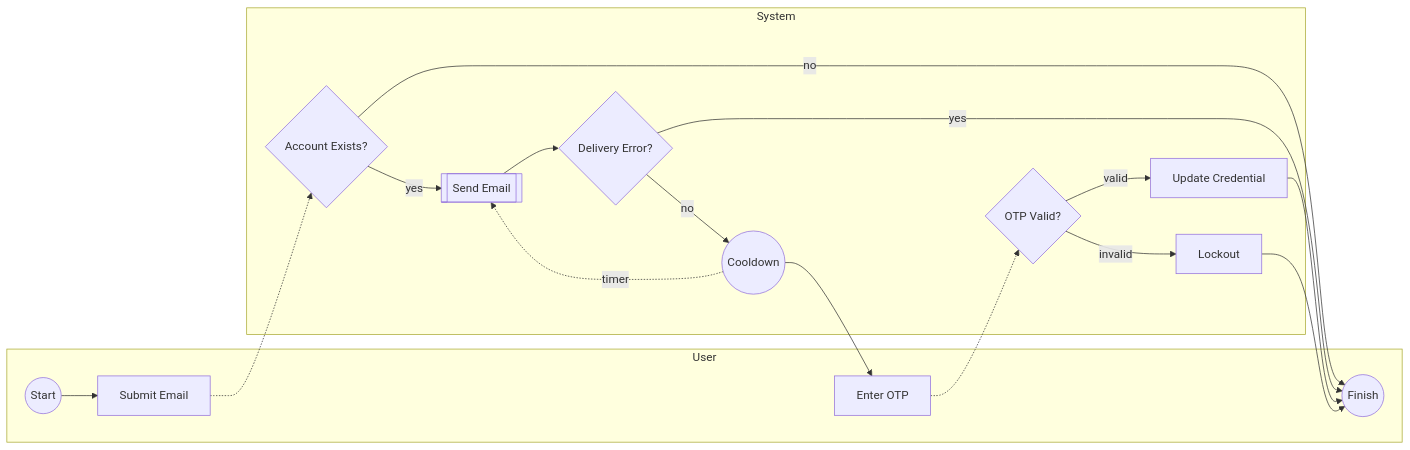
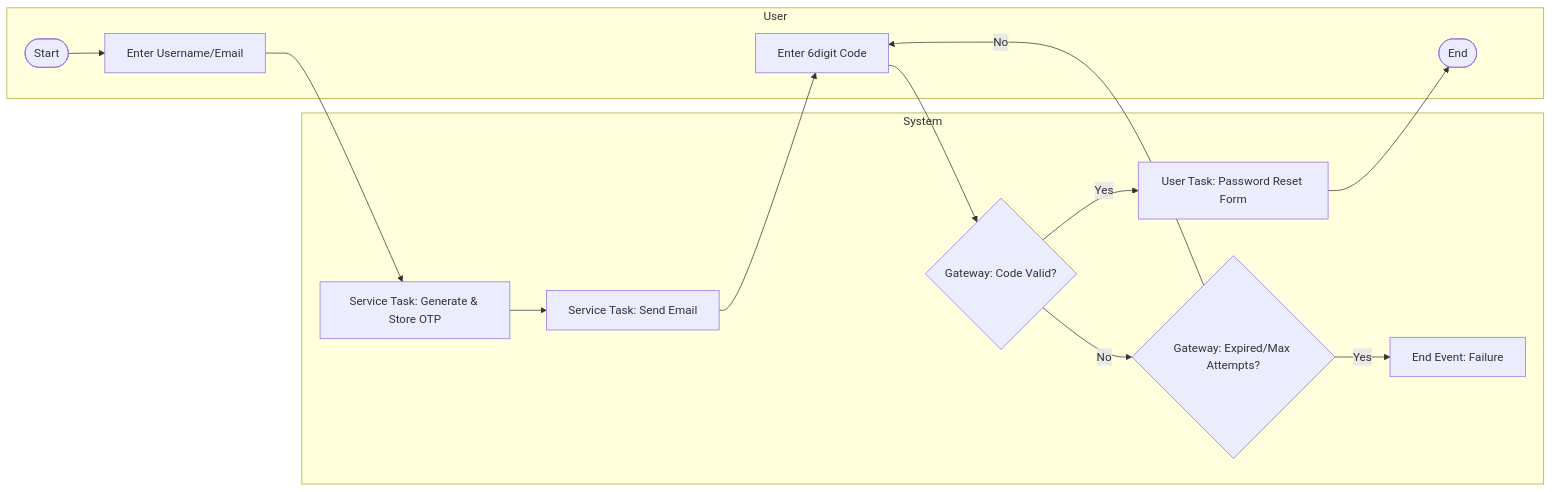
Before and after one commit to rasikasrimal/Heartlytics: the first of 3 diagrams in docs/forget_password.md, drawn with Mermaid. The commit also changed other lines of this file and 4 other files, not shown here.

Commit message:
docs: consolidate security guidance and update reset flow

````diff
--- a/docs/forget_password.md
+++ b/docs/forget_password.md
@@ -20,29 +20,23 @@
 ```mermaid
 flowchart LR
-  subgraph userLane [User]
-    u_start((Start))
-    u_request[Submit Email]
-    u_receive[Enter OTP]
-    u_end((Finish))
+  subgraph User
+    start([Start])
+    enter[Enter Username/Email]
+    code[Enter 6digit Code]
+    endNode([End])
   end
-  subgraph systemLane [System]
-    check_user{Account Exists?}
-    send_mail[[Send Email]]
-    delivery_err{Delivery Error?}
-    wait_code((Cooldown))
-    verify_code{OTP Valid?}
-    update_pwd[Update Credential]
-    lock_account[Lockout]
+  subgraph System
+    issue[Service Task: Generate & Store OTP]
+    send[Service Task: Send Email]
+    valid{Gateway: Code Valid?}
+    expired{Gateway: Expired/Max Attempts?}
+    success[User Task: Password Reset Form]
+    error[End Event: Failure]
   end
 
-  u_start --> u_request -.-> check_user
-  check_user -->|yes| send_mail
-  check_user -->|no| u_end
-  send_mail --> delivery_err
-  delivery_err -->|yes| u_end
-  delivery_err -->|no| wait_code
-  wait_code --> u_receive -.-> verify_code
-  verify_code -->|valid| update_pwd --> u_end
-  verify_code -->|invalid| lock_account --> u_end
-  wait_code -.->|timer| send_mail
+  start --> enter --> issue --> send --> code --> valid
+  valid -- Yes --> success --> endNode
+  valid -- No --> expired
+  expired -- Yes --> error
+  expired -- No --> code
 ```
````
